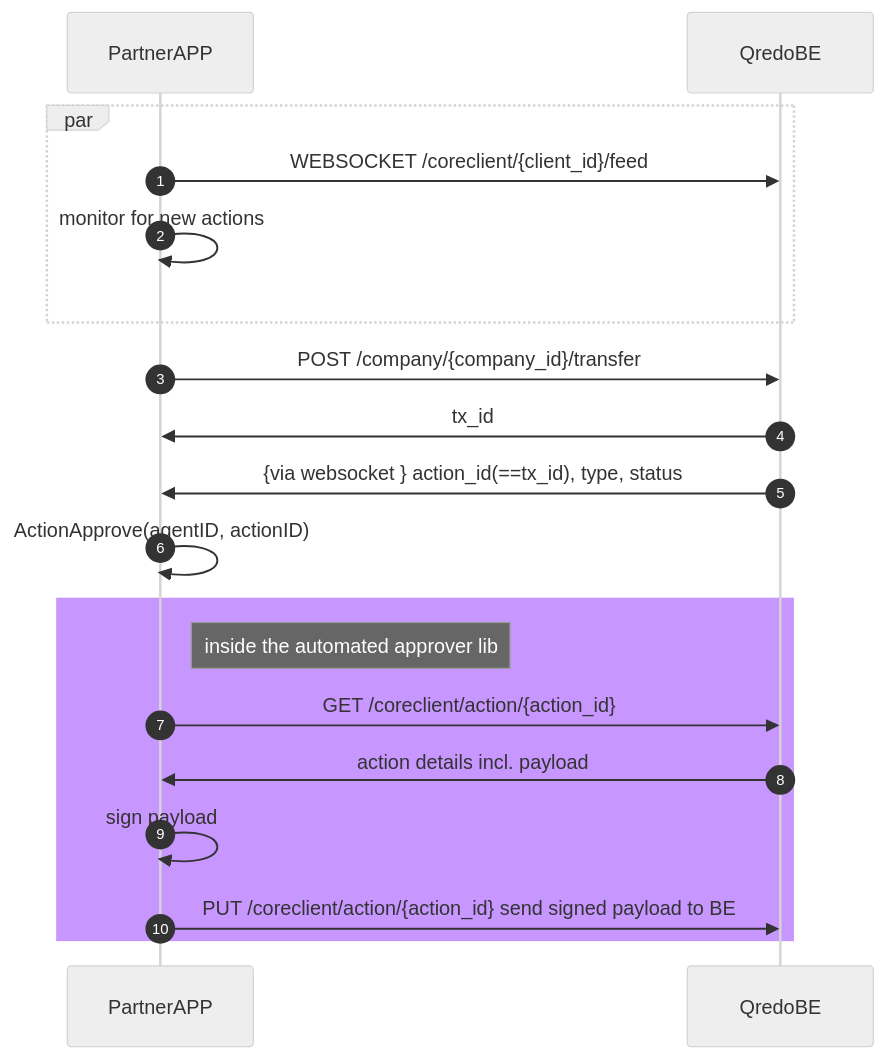
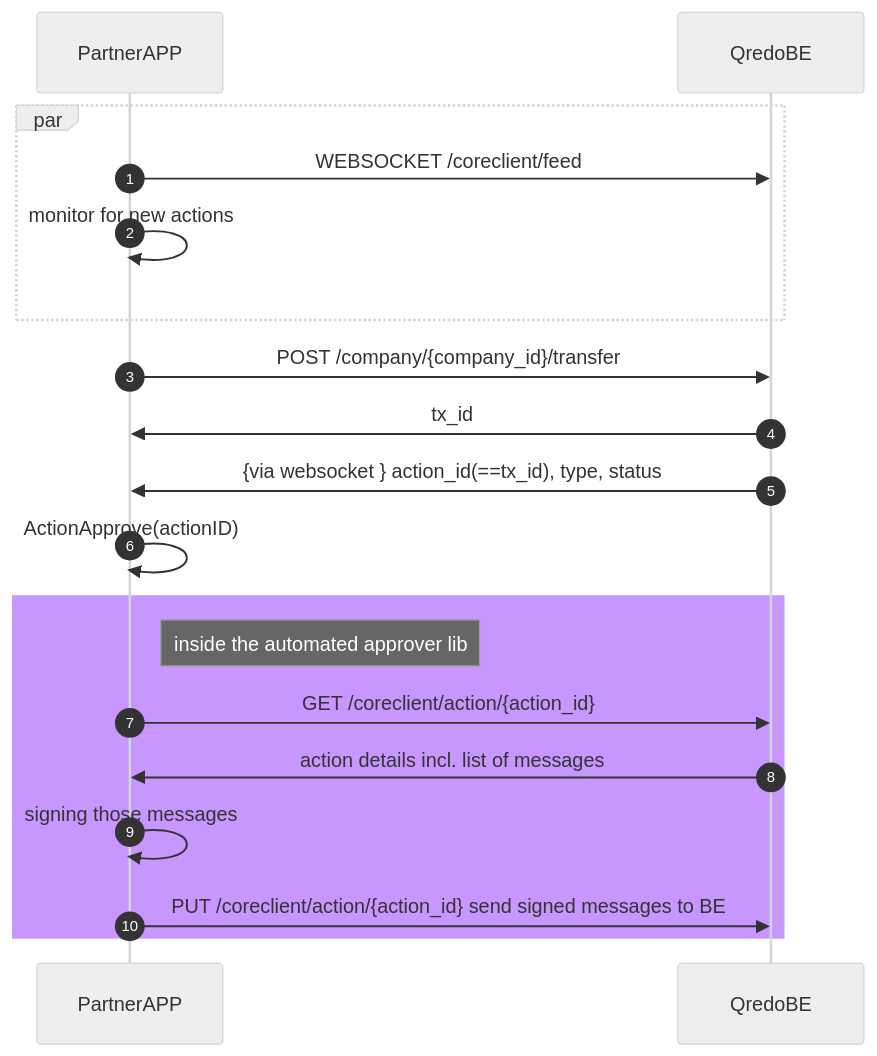
The third of 3 diagrams in doc/usage.md (qredo/signing-agent), drawn with Mermaid (neutral theme) before and after one commit. The commit also changed other lines of this file and 23 other files, not shown here.

````diff
--- a/doc/usage.md
+++ b/doc/usage.md
@@ -113,21 +115,21 @@
 ```mermaid
 sequenceDiagram
   autonumber
 
   par
-  PartnerAPP->>QredoBE: WEBSOCKET /coreclient/{client_id}/feed
+  PartnerAPP->>QredoBE: WEBSOCKET /coreclient/feed
   PartnerAPP->>PartnerAPP: monitor for new actions
   end
   PartnerAPP->>QredoBE:POST /company/{company_id}/transfer
   QredoBE->>PartnerAPP: tx_id
   QredoBE->>PartnerAPP: {via websocket } action_id(==tx_id), type, status
-  PartnerAPP->>PartnerAPP: ActionApprove(agentID, actionID)
+  PartnerAPP->>PartnerAPP: ActionApprove(actionID)
   rect rgb(200, 150, 255)
   note right of PartnerAPP: inside the automated approver lib
   PartnerAPP->>QredoBE: GET /coreclient/action/{action_id}
-  QredoBE->>PartnerAPP: action details incl. payload
-  PartnerAPP->>PartnerAPP: sign payload
-  PartnerAPP->>QredoBE: PUT /coreclient/action/{action_id} send signed payload to BE
+  QredoBE->>PartnerAPP: action details incl. list of messages
+  PartnerAPP->>PartnerAPP: signing those messages
+  PartnerAPP->>QredoBE: PUT /coreclient/action/{action_id} send signed messages to BE
+
   end
-
 ```
````
